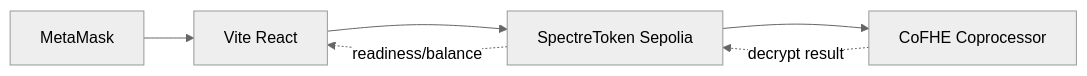
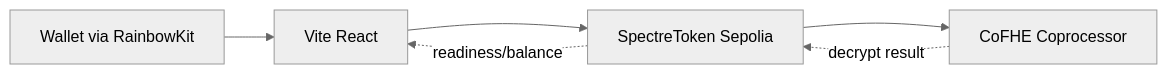
The diagram in README.md (Snehal707/spectre-finance), drawn with Mermaid (neutral theme) before and after one commit. The commit also changed other lines of this file, not shown here.

Commit message:
docs: update README for RainbowKit multi-wallet, React 19, and cyberpunk UI features

````diff
--- a/README.md
+++ b/README.md
@@ -92,8 +92,8 @@
 ```mermaid
 flowchart LR
-  User[MetaMask] --> Frontend[Vite React]
+  User[Wallet via RainbowKit] --> Frontend[Vite React]
   Frontend --> Contract[SpectreToken Sepolia]
   Contract --> CoFHE[CoFHE Coprocessor]
   CoFHE -.->|decrypt result| Contract
   Contract -.->|readiness/balance| Frontend
 ```
````
